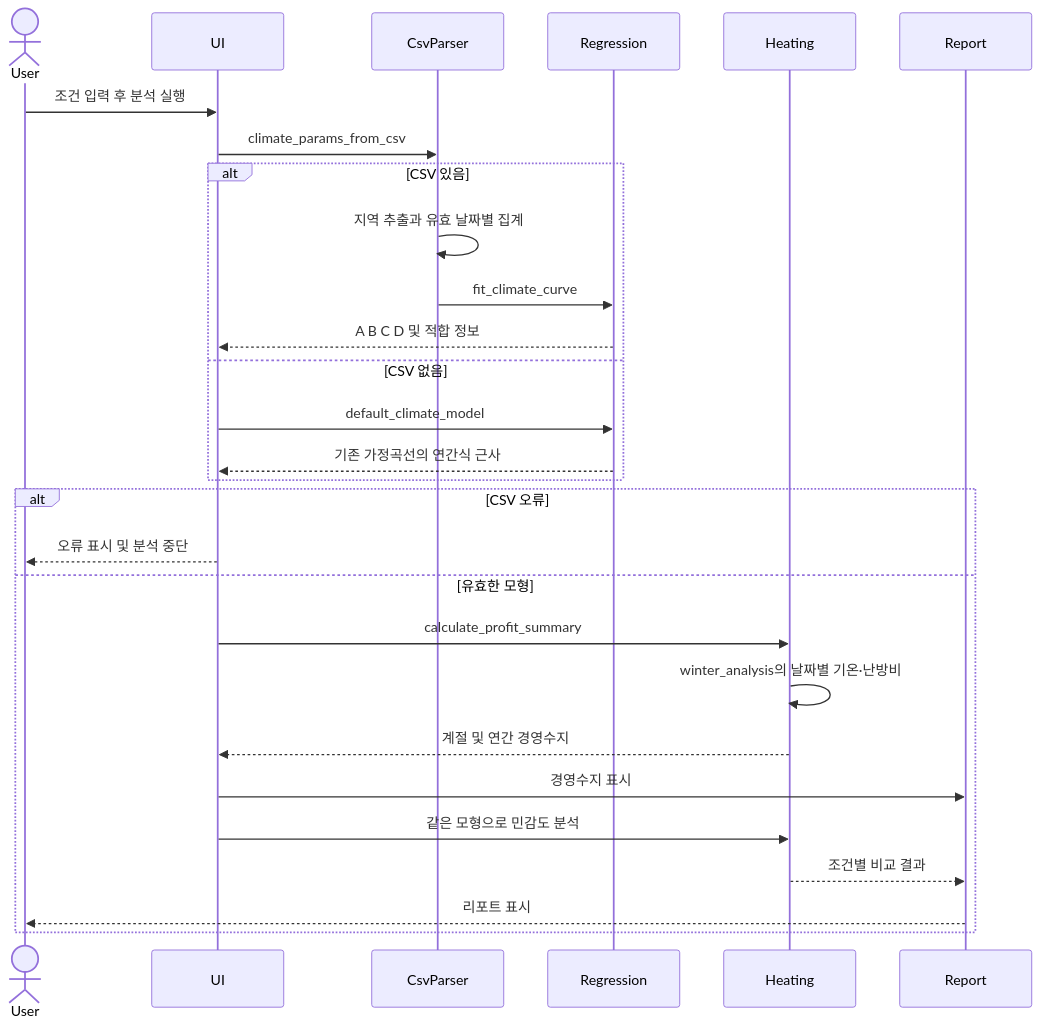
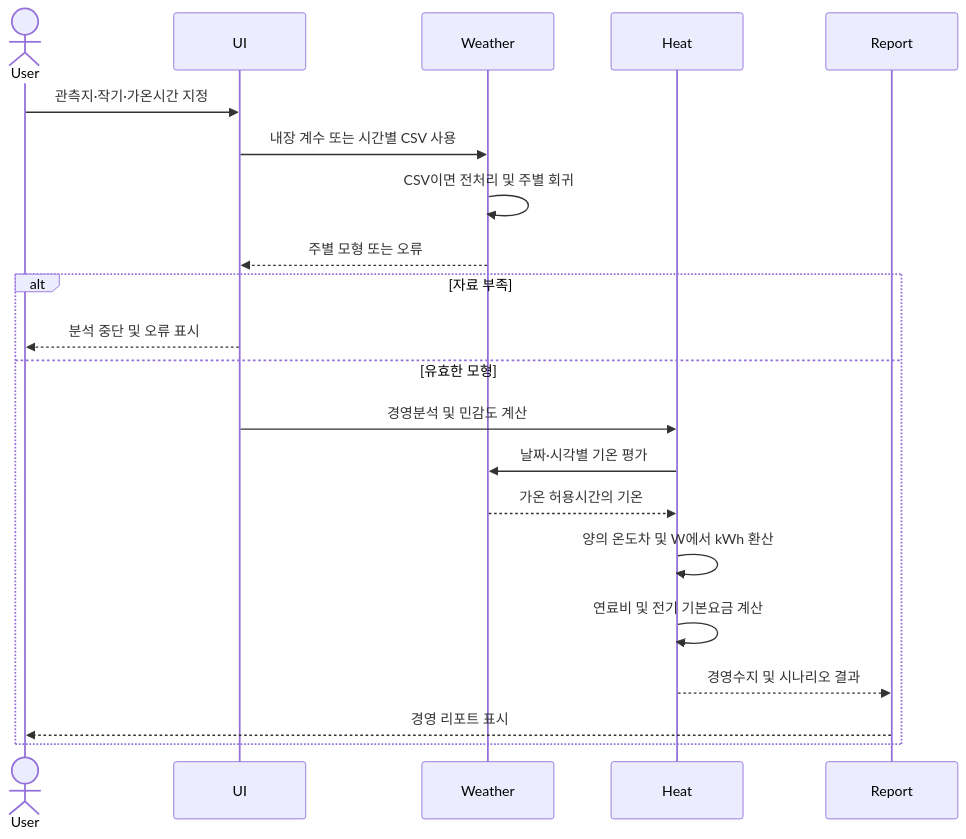
One commit to kuk-jong/fig-heating-decision-app changed the third of 5 diagrams in releases/v0.5/docs/APP_BLUEPRINT.md. Above: the diagram before and after it, drawn with Mermaid. The commit also changed other lines of this file and 19 other files, not shown here.

Commit message:
Use observed weekly hourly weather profiles and scheduled hourly heating in v0.6.0

````diff
--- a/releases/v0.5/docs/APP_BLUEPRINT.md
+++ b/releases/v0.5/docs/APP_BLUEPRINT.md
@@ -168,30 +178,23 @@
 ```mermaid
 sequenceDiagram
     actor User
     participant UI
-    participant CsvParser
-    participant Regression
-    participant Heating
+    participant Weather
+    participant Heat
     participant Report
-    User->>UI: 조건 입력 후 분석 실행
-    UI->>CsvParser: climate_params_from_csv
-    alt CSV 있음
-        CsvParser->>CsvParser: 지역 추출과 유효 날짜별 집계
-        CsvParser->>Regression: fit_climate_curve
-        Regression-->>UI: A B C D 및 적합 정보
-    else CSV 없음
-        UI->>Regression: default_climate_model
-        Regression-->>UI: 기존 가정곡선의 연간식 근사
-    end
-    alt CSV 오류
-        UI-->>User: 오류 표시 및 분석 중단
+    User->>UI: 관측지·작기·가온시간 지정
+    UI->>Weather: 내장 계수 또는 시간별 CSV 사용
+    Weather->>Weather: CSV이면 전처리 및 주별 회귀
+    Weather-->>UI: 주별 모형 또는 오류
+    alt 자료 부족
+        UI-->>User: 분석 중단 및 오류 표시
     else 유효한 모형
-        UI->>Heating: calculate_profit_summary
-        Heating->>Heating: winter_analysis의 날짜별 기온·난방비
-        Heating-->>UI: 계절 및 연간 경영수지
-        UI->>Report: 경영수지 표시
-        UI->>Heating: 같은 모형으로 민감도 분석
-        Heating-->>Report: 조건별 비교 결과
-        Report-->>User: 리포트 표시
+        UI->>Heat: 경영분석 및 민감도 계산
+        Heat->>Weather: 날짜·시각별 기온 평가
+        Weather-->>Heat: 가온 허용시간의 기온
+        Heat->>Heat: 양의 온도차 및 W에서 kWh 환산
+        Heat->>Heat: 연료비 및 전기 기본요금 계산
+        Heat-->>Report: 경영수지 및 시나리오 결과
+        Report-->>User: 경영 리포트 표시
     end
 ```
````
